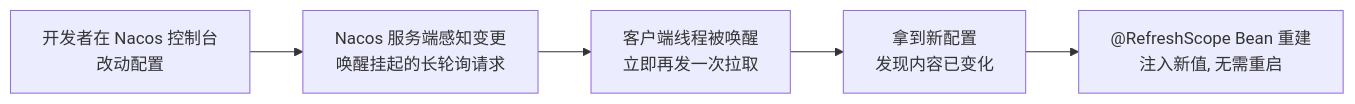
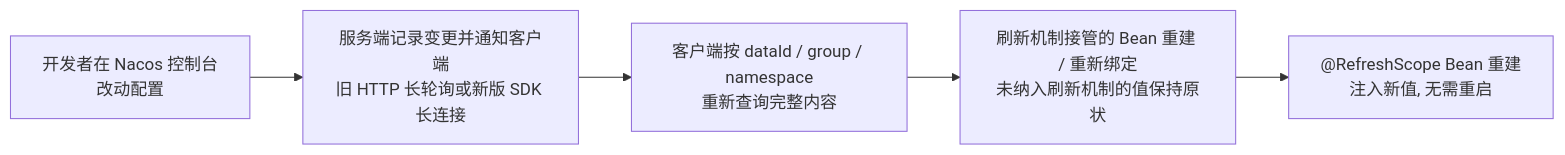
One commit to CrazyForks/java-full-stack changed the third of 6 diagrams in docs/04-阶段四-微服务架构与分布式系统/02-SpringCloudAlibaba.md. Above: the diagram before and after it, drawn with Mermaid. The commit also changed other lines of this file and 58 other files, not shown here.

````diff
--- a/docs/04-阶段四-微服务架构与分布式系统/02-SpringCloudAlibaba.md
+++ b/docs/04-阶段四-微服务架构与分布式系统/02-SpringCloudAlibaba.md
@@ -226,7 +225,7 @@
 ```mermaid
 flowchart LR
-    A["开发者在 Nacos 控制台<br/>改动配置"] --> B["Nacos 服务端感知变更<br/>唤醒挂起的长轮询请求"]
-    B --> C["客户端线程被唤醒<br/>立即再发一次拉取"]
-    C --> D["拿到新配置<br/>发现内容已变化"]
+    A["开发者在 Nacos 控制台<br/>改动配置"] --> B["服务端记录变更并通知客户端<br/>旧 HTTP 长轮询或新版 SDK 长连接"]
+    B --> C["客户端按 dataId / group / namespace<br/>重新查询完整内容"]
+    C --> D["刷新机制接管的 Bean 重建 / 重新绑定<br/>未纳入刷新机制的值保持原状"]
     D --> E["@RefreshScope Bean 重建<br/>注入新值, 无需重启"]
 ```
````
